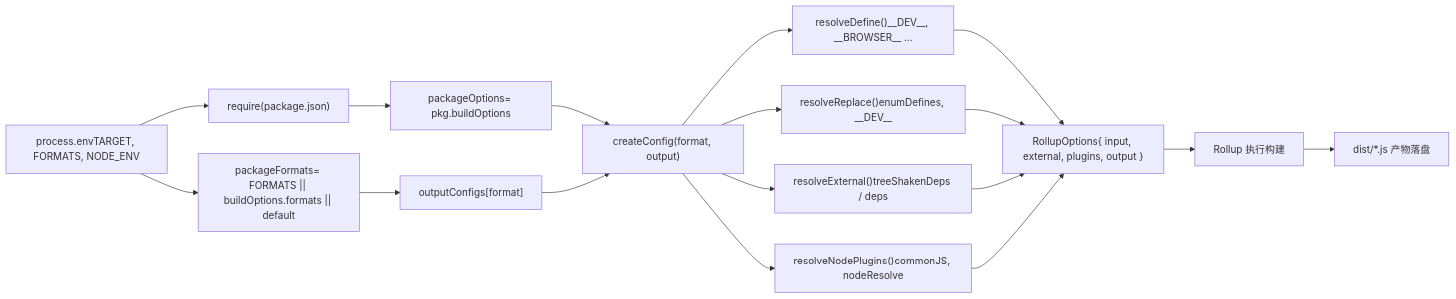
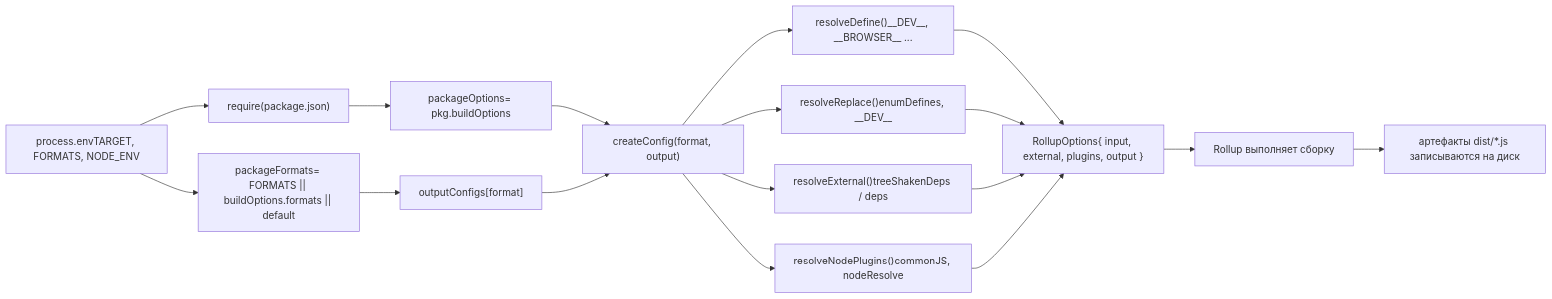
One commit to maleRjc/AiReadCodeBooks changed the diagram in books/vue3/ru/02-build-pipeline.md. Above: the diagram before and after it, drawn with Mermaid. The commit also changed other lines of this file and 74 other files, not shown here.

````diff
--- a/books/vue3/ru/02-build-pipeline.md
+++ b/books/vue3/ru/02-build-pipeline.md
@@ -123,19 +123,19 @@
 ```mermaid
 flowchart LR
     env["process.envTARGET, FORMATS, NODE_ENV"] --> pkg_load["require(package.json)"]
     pkg_load --> pkg_opts["packageOptions= pkg.buildOptions"]
     env --> fmt_sel["packageFormats= FORMATS || buildOptions.formats || default"]
     fmt_sel --> cfg_map["outputConfigs[format]"]
     pkg_opts --> create_cfg["createConfig(format, output)"]
     cfg_map --> create_cfg
     create_cfg --> define["resolveDefine()__DEV__, __BROWSER__ ..."]
     create_cfg --> replace["resolveReplace()enumDefines, __DEV__"]
     create_cfg --> external["resolveExternal()treeShakenDeps / deps"]
     create_cfg --> node_plugins["resolveNodePlugins()commonJS, nodeResolve"]
     define --> rollup_cfg["RollupOptions{ input, external, plugins, output }"]
     replace --> rollup_cfg
     external --> rollup_cfg
     node_plugins --> rollup_cfg
-    rollup_cfg --> rollup_run["Rollup 执行构建"]
-    rollup_run --> dist["dist/*.js 产物落盘"]
+    rollup_cfg --> rollup_run["Rollup выполняет сборку"]
+    rollup_run --> dist["артефакты dist/*.js записываются на диск"]
 ```
````
